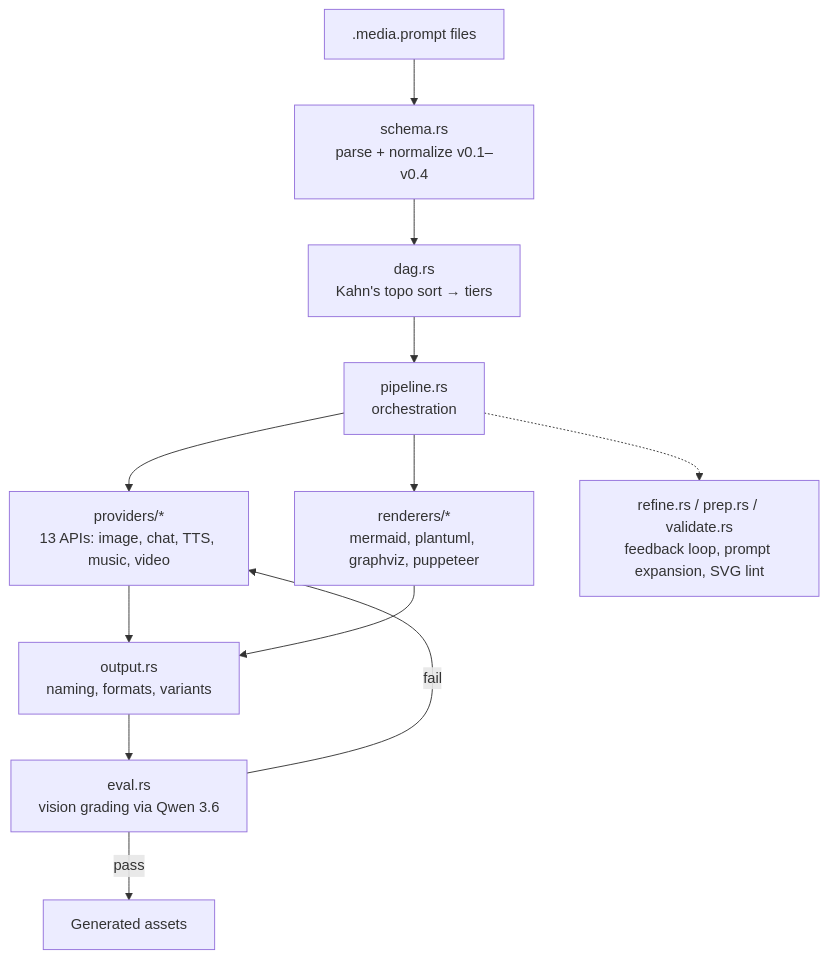
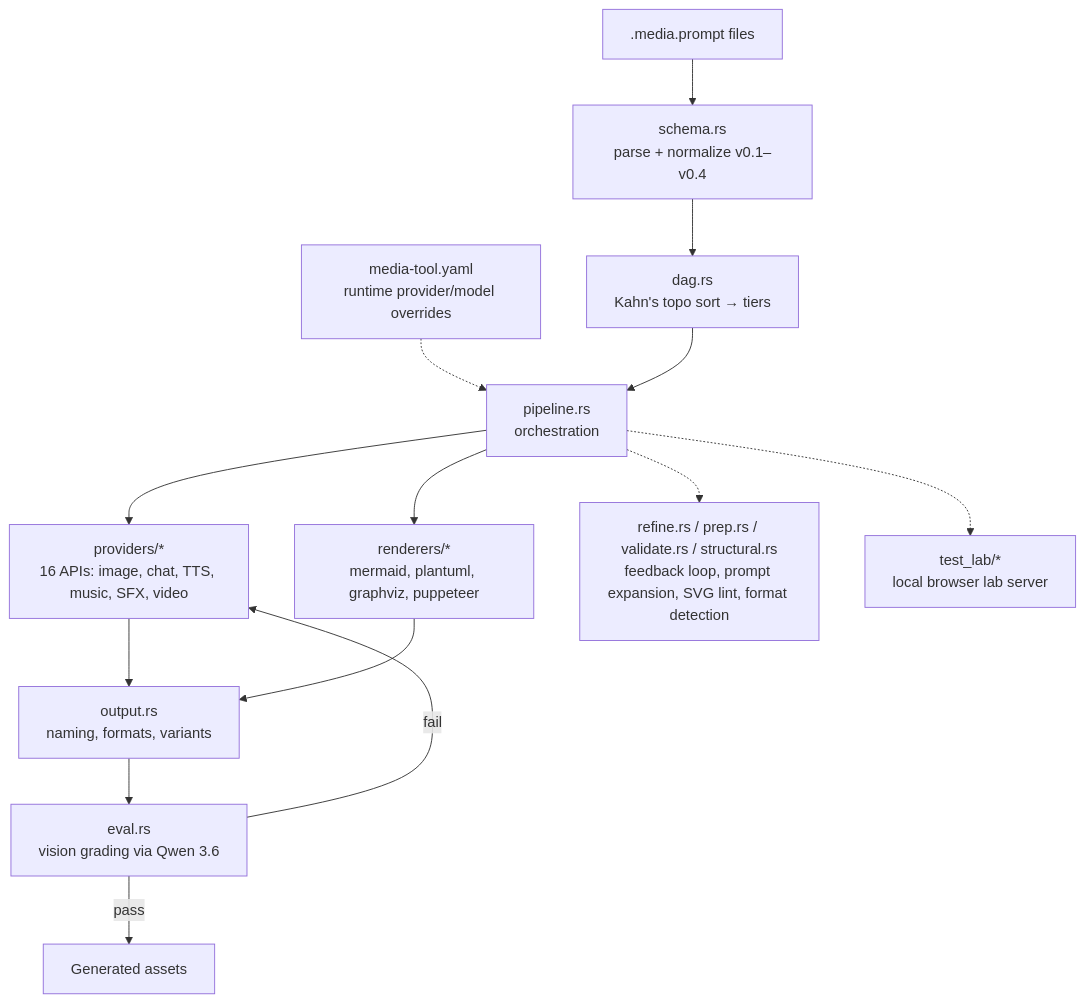
The diagram in docs/PROJ-ARCH.md (the-robot-lives/media-tools), drawn with Mermaid before and after one commit. The commit also changed other lines of this file and 6 other files, not shown here.

Commit message:
docs: refresh PROJ-LAYOUT/SCHEMA/ARCH docs (2026-09-01 doc sweep)

````diff
--- a/docs/PROJ-ARCH.md
+++ b/docs/PROJ-ARCH.md
@@ -11,14 +11,16 @@
 ```mermaid
 graph TB
     A[".media.prompt files"] --> B["schema.rs<br/>parse + normalize v0.1–v0.4"]
     B --> C["dag.rs<br/>Kahn's topo sort → tiers"]
+    M["media-tool.yaml<br/>runtime provider/model overrides"] -.-> D
     C --> D["pipeline.rs<br/>orchestration"]
-    D --> E["providers/*<br/>13 APIs: image, chat, TTS, music, video"]
+    D --> E["providers/*<br/>16 APIs: image, chat, TTS, music, SFX, video"]
     D --> F["renderers/*<br/>mermaid, plantuml, graphviz, puppeteer"]
     E --> G["output.rs<br/>naming, formats, variants"]
     F --> G
     G --> H["eval.rs<br/>vision grading via Qwen 3.6"]
     H -->|fail| E
     H -->|pass| I["Generated assets"]
-    D -.-> J["refine.rs / prep.rs / validate.rs<br/>feedback loop, prompt expansion, SVG lint"]
+    D -.-> J["refine.rs / prep.rs / validate.rs / structural.rs<br/>feedback loop, prompt expansion, SVG lint, format detection"]
+    D -.-> T["test_lab/*<br/>local browser lab server"]
 ```
````
